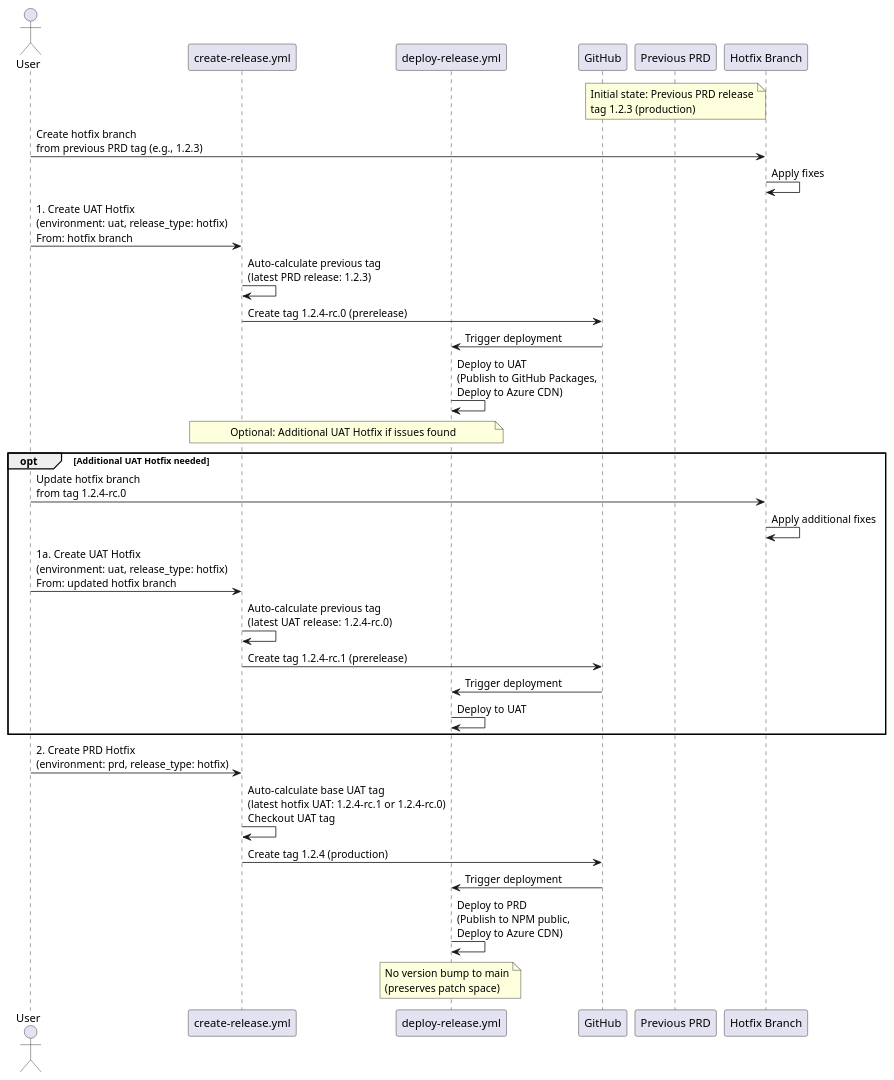
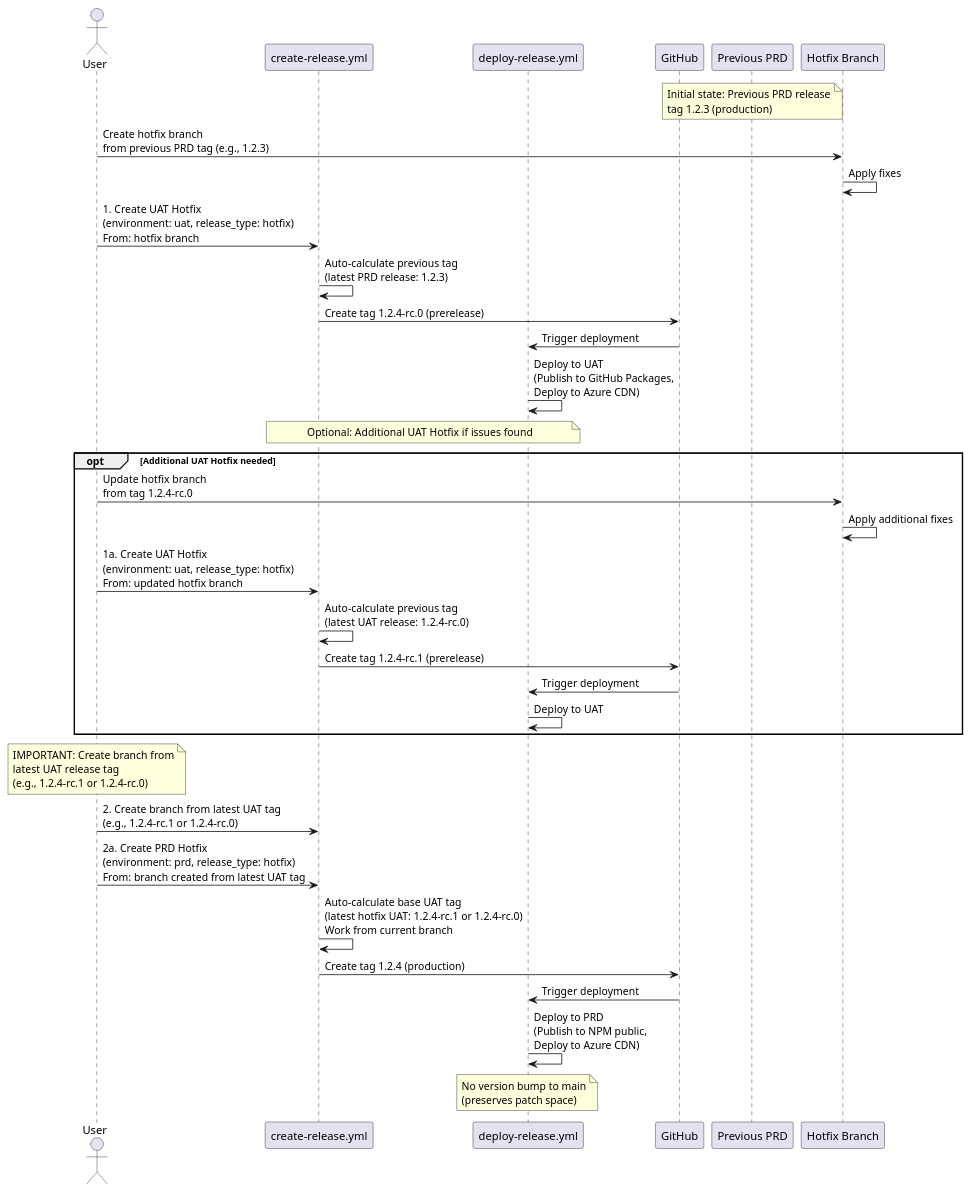
One commit to chili-publish/studio-sdk changed the second of 2 diagrams in RELEASE_PIPELINE.md. Above: the diagram before and after it, drawn with PlantUML. The commit also changed other lines of this file and 1 other file, not shown here.

Commit message:
chore: simplify version bumping

````diff
--- a/RELEASE_PIPELINE.md
+++ b/RELEASE_PIPELINE.md
@@ -49,40 +51,42 @@
 ```plantuml
 @startuml
 actor User
 participant "create-release.yml" as CreateRelease
 participant "deploy-release.yml" as DeployRelease
 participant "GitHub" as GitHub
 participant "Previous PRD" as PRD
 participant "Hotfix Branch" as HotfixBranch
 
 note over PRD: Initial state: Previous PRD release\ntag 1.2.3 (production)
 
 User -> HotfixBranch: Create hotfix branch\nfrom previous PRD tag (e.g., 1.2.3)
 HotfixBranch -> HotfixBranch: Apply fixes
 User -> CreateRelease: 1. Create UAT Hotfix\n(environment: uat, release_type: hotfix)\nFrom: hotfix branch
 CreateRelease -> CreateRelease: Auto-calculate previous tag\n(latest PRD release: 1.2.3)
 CreateRelease -> GitHub: Create tag 1.2.4-rc.0 (prerelease)
 GitHub -> DeployRelease: Trigger deployment
 DeployRelease -> DeployRelease: Deploy to UAT\n(Publish to GitHub Packages,\nDeploy to Azure CDN)
 
 note over CreateRelease,DeployRelease: Optional: Additional UAT Hotfix if issues found
 
 opt Additional UAT Hotfix needed
     User -> HotfixBranch: Update hotfix branch\nfrom tag 1.2.4-rc.0
     HotfixBranch -> HotfixBranch: Apply additional fixes
     User -> CreateRelease: 1a. Create UAT Hotfix\n(environment: uat, release_type: hotfix)\nFrom: updated hotfix branch
     CreateRelease -> CreateRelease: Auto-calculate previous tag\n(latest UAT release: 1.2.4-rc.0)
     CreateRelease -> GitHub: Create tag 1.2.4-rc.1 (prerelease)
     GitHub -> DeployRelease: Trigger deployment
     DeployRelease -> DeployRelease: Deploy to UAT
 end
 
-User -> CreateRelease: 2. Create PRD Hotfix\n(environment: prd, release_type: hotfix)
-CreateRelease -> CreateRelease: Auto-calculate base UAT tag\n(latest hotfix UAT: 1.2.4-rc.1 or 1.2.4-rc.0)\nCheckout UAT tag
+note over User: IMPORTANT: Create branch from\nlatest UAT release tag\n(e.g., 1.2.4-rc.1 or 1.2.4-rc.0)
+User -> CreateRelease: 2. Create branch from latest UAT tag\n(e.g., 1.2.4-rc.1 or 1.2.4-rc.0)
+User -> CreateRelease: 2a. Create PRD Hotfix\n(environment: prd, release_type: hotfix)\nFrom: branch created from latest UAT tag
+CreateRelease -> CreateRelease: Auto-calculate base UAT tag\n(latest hotfix UAT: 1.2.4-rc.1 or 1.2.4-rc.0)\nWork from current branch
 CreateRelease -> GitHub: Create tag 1.2.4 (production)
 GitHub -> DeployRelease: Trigger deployment
 DeployRelease -> DeployRelease: Deploy to PRD\n(Publish to NPM public,\nDeploy to Azure CDN)
 note over DeployRelease: No version bump to main\n(preserves patch space)
 
 @enduml
 ```
````
